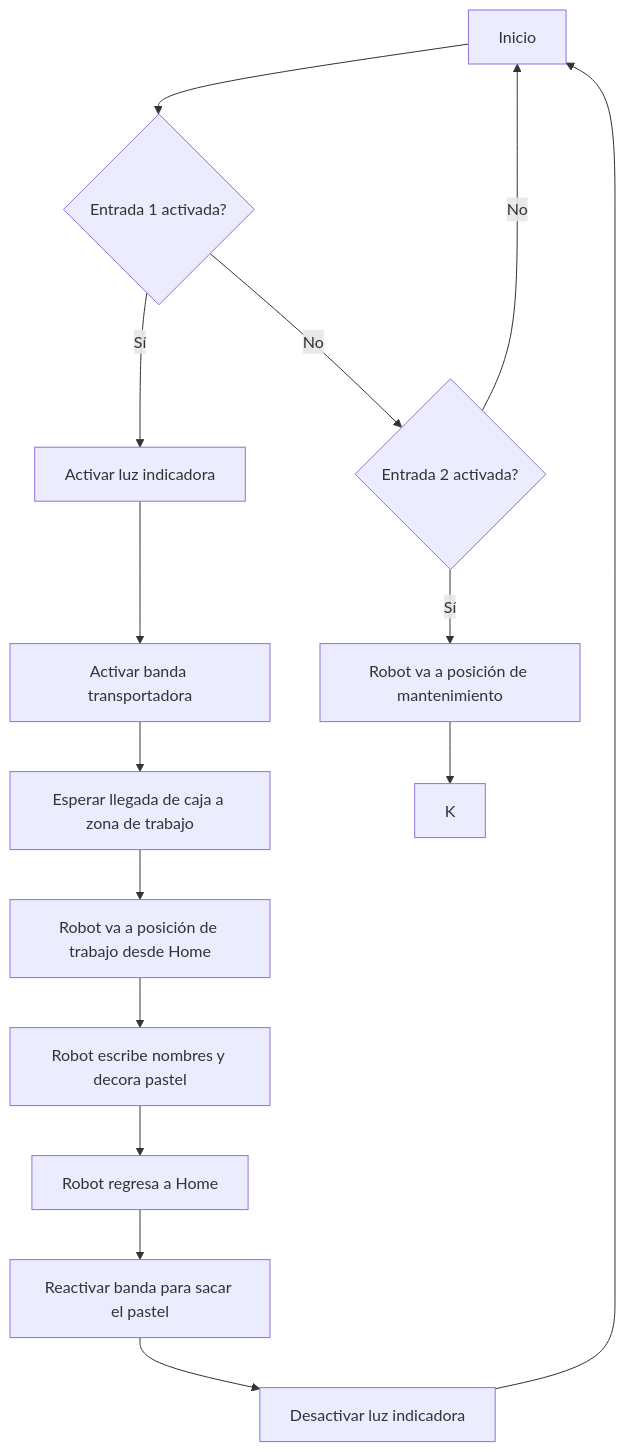
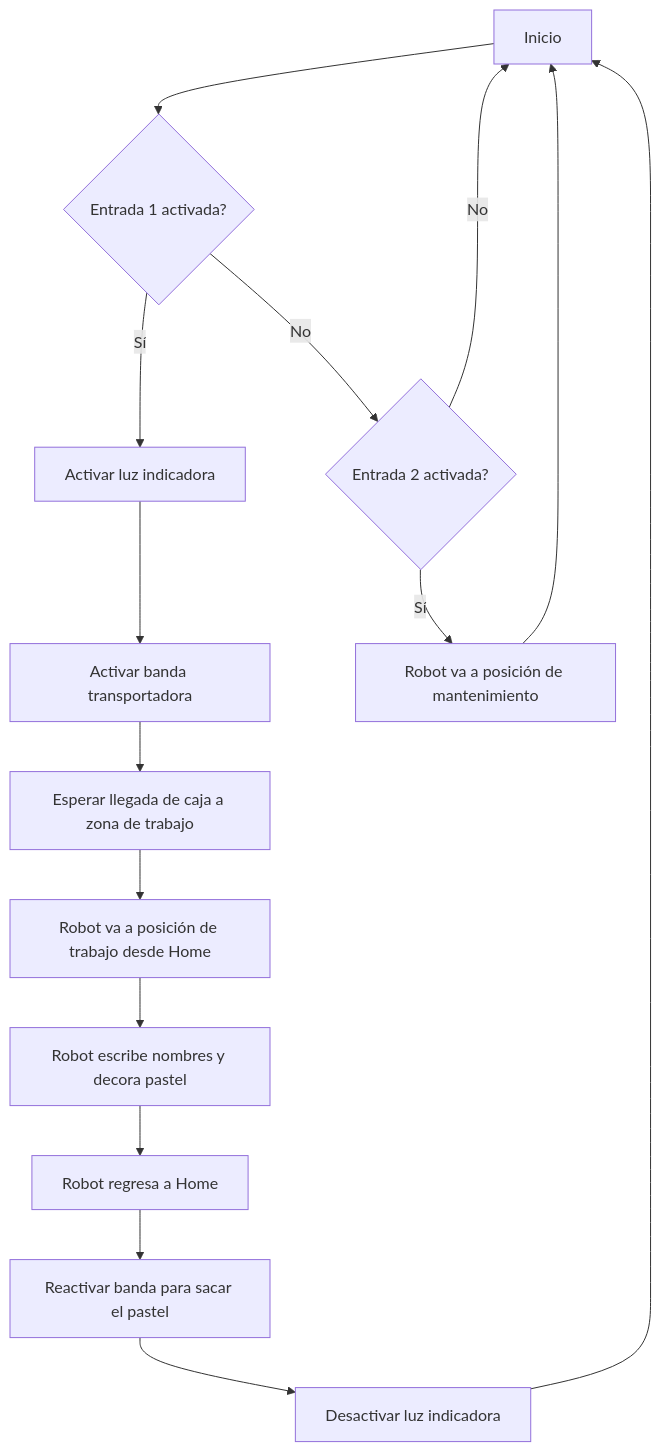
The diagram in README.md (SirSantiago93/Lab2RoboticaIndustrial), drawn with Mermaid before and after one commit.

````diff
--- a/README.md
+++ b/README.md
@@ -6,18 +6,18 @@
 ```mermaid
 flowchart TD
     A[Inicio] --> B{Entrada 1 activada?}
     B -- Sí --> C[Activar luz indicadora]
     C --> D[Activar banda transportadora]
     D --> E[Esperar llegada de caja a zona de trabajo]
     E --> F[Robot va a posición de trabajo desde Home]
     F --> G[Robot escribe nombres y decora pastel]
     G --> H[Robot regresa a Home]
     H --> I[Reactivar banda para sacar el pastel]
     I --> J[Desactivar luz indicadora]
     J --> A
 
     B -- No --> L{Entrada 2 activada?}
     L -- Sí --> M[Robot va a posición de mantenimiento]
-    M --> K
+    M --> A
     L -- No --> A
 ```
````
